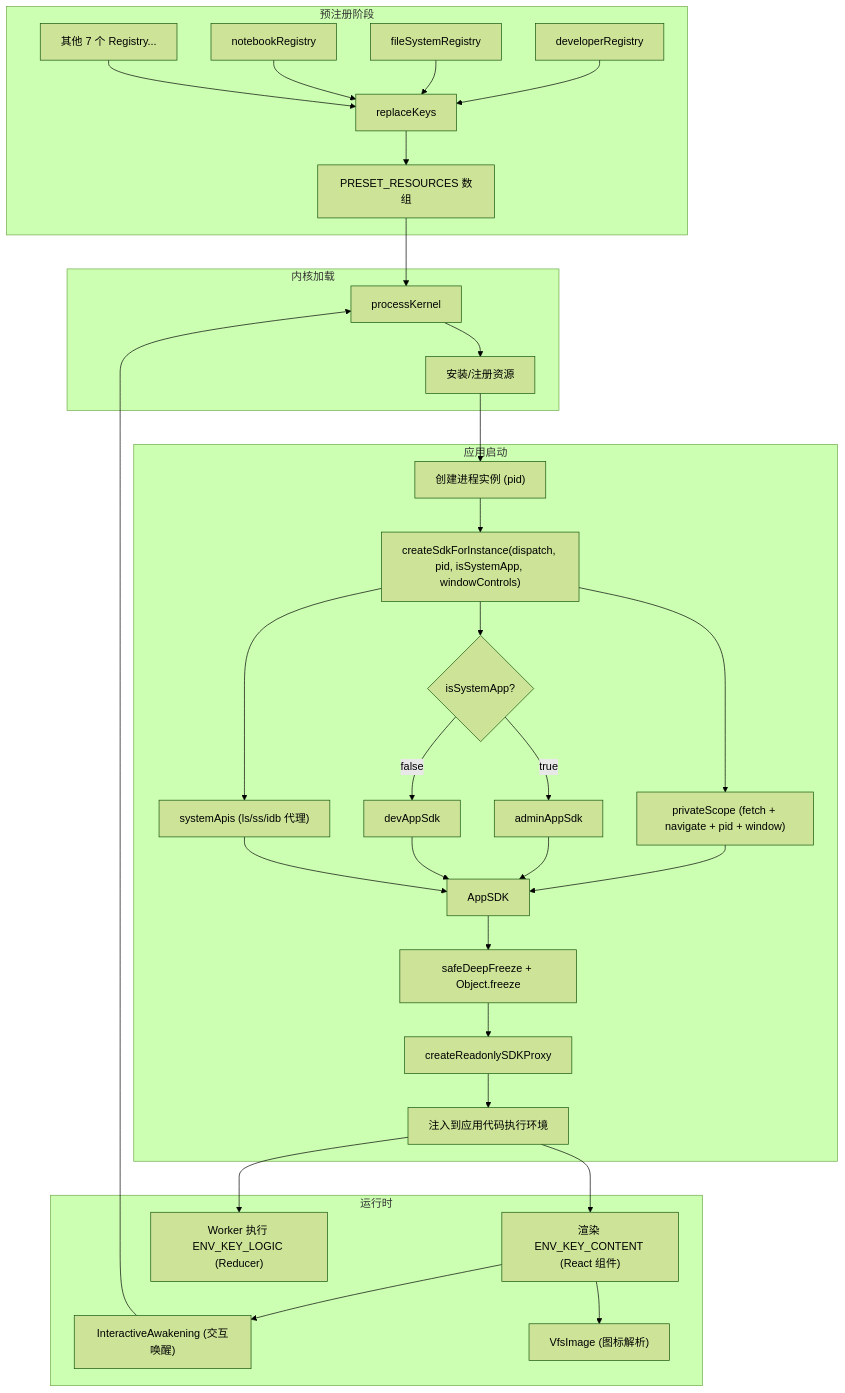
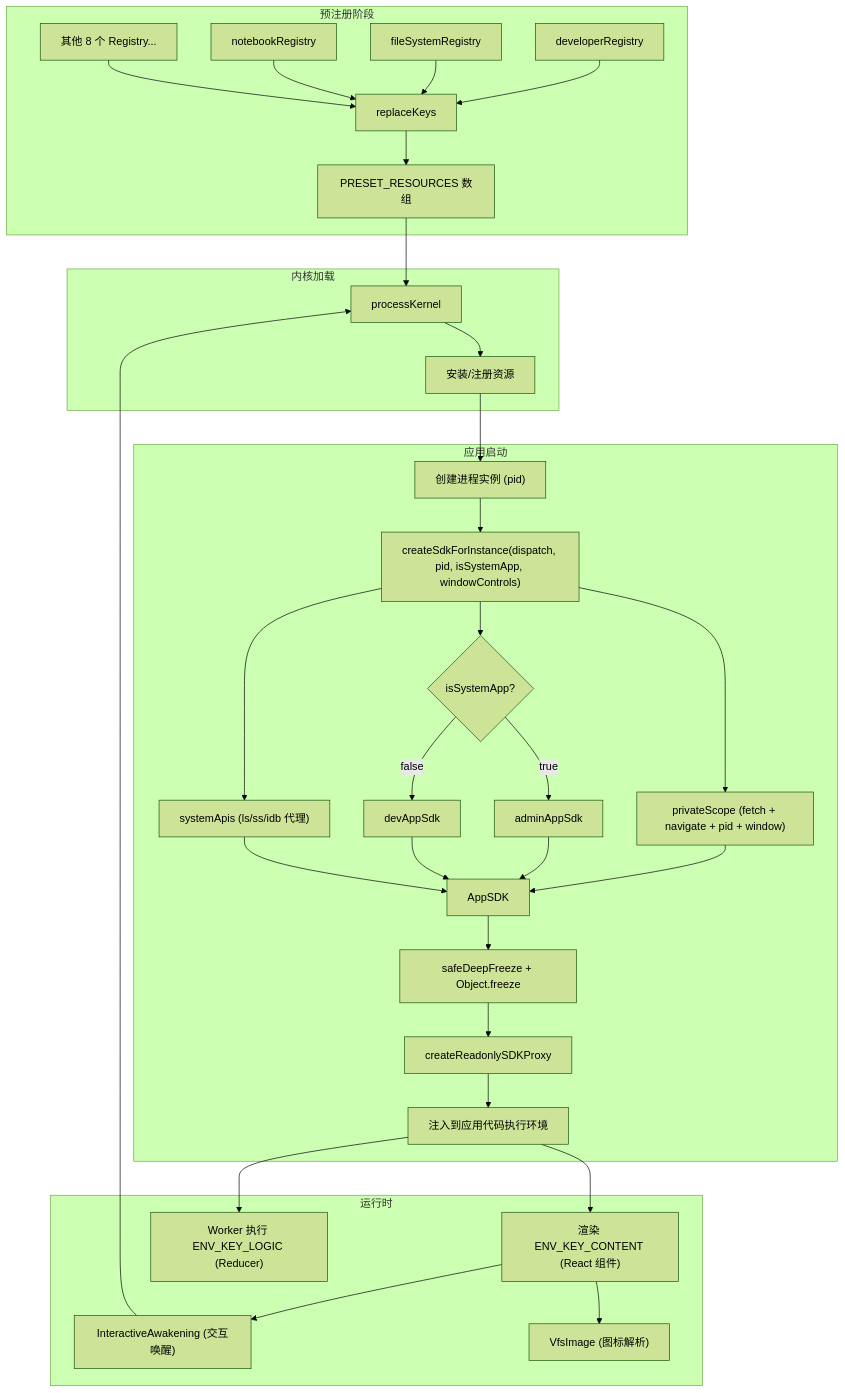
Before and after one commit to suluwanqing/sukinOS: the fifth of 5 diagrams in docs/module/03-resources.md, drawn with Mermaid (forest theme). The commit also changed other lines of this file and 104 other files, not shown here.

````diff
--- a/docs/module/03-resources.md
+++ b/docs/module/03-resources.md
@@ -546,40 +565,40 @@
 ```mermaid
 flowchart TB
     subgraph 预注册阶段
         R1["developerRegistry"] --> PR["replaceKeys"]
         R2["fileSystemRegistry"] --> PR
         R3["notebookRegistry"] --> PR
-        R4["其他 7 个 Registry..."] --> PR
+        R4["其他 8 个 Registry..."] --> PR
         PR --> PRES["PRESET_RESOURCES 数组"]
     end
 
     subgraph 内核加载
         PRES --> KERNEL["processKernel"]
         KERNEL --> INSTALL["安装/注册资源"]
     end
 
     subgraph 应用启动
         INSTALL --> INSTANCE["创建进程实例 (pid)"]
         INSTANCE --> FACTORY["createSdkForInstance(dispatch, pid, isSystemApp, windowControls)"]
         FACTORY --> SCOPE["privateScope (fetch + navigate + pid + window)"]
         FACTORY --> BASE{isSystemApp?}
         BASE -->|true| ADMIN["adminAppSdk"]
         BASE -->|false| DEV["devAppSdk"]
         FACTORY --> SYS["systemApis (ls/ss/idb 代理)"]
         SCOPE --> SDK["AppSDK"]
         ADMIN --> SDK
         DEV --> SDK
         SYS --> SDK
         SDK --> FREEZE["safeDeepFreeze + Object.freeze"]
         FREEZE --> PROXY["createReadonlySDKProxy"]
         PROXY --> CODE["注入到应用代码执行环境"]
     end
 
     subgraph 运行时
         CODE --> VIEW["渲染 ENV_KEY_CONTENT (React 组件)"]
         CODE --> LOGIC["Worker 执行 ENV_KEY_LOGIC (Reducer)"]
         VIEW --> MID1["InteractiveAwakening (交互唤醒)"]
         VIEW --> MID2["VfsImage (图标解析)"]
         MID1 --> KERNEL
     end
 ```
````
